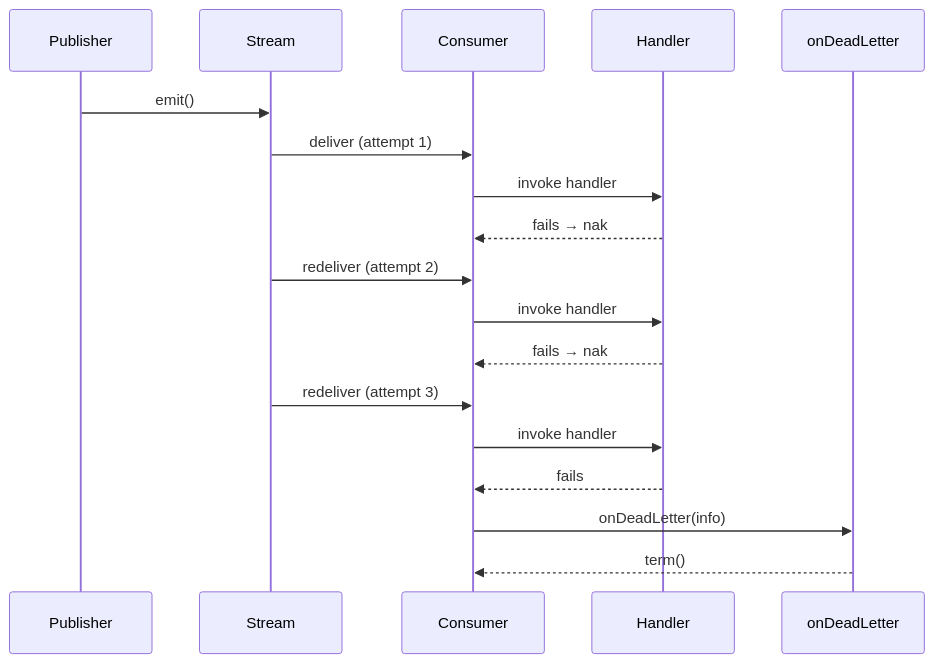
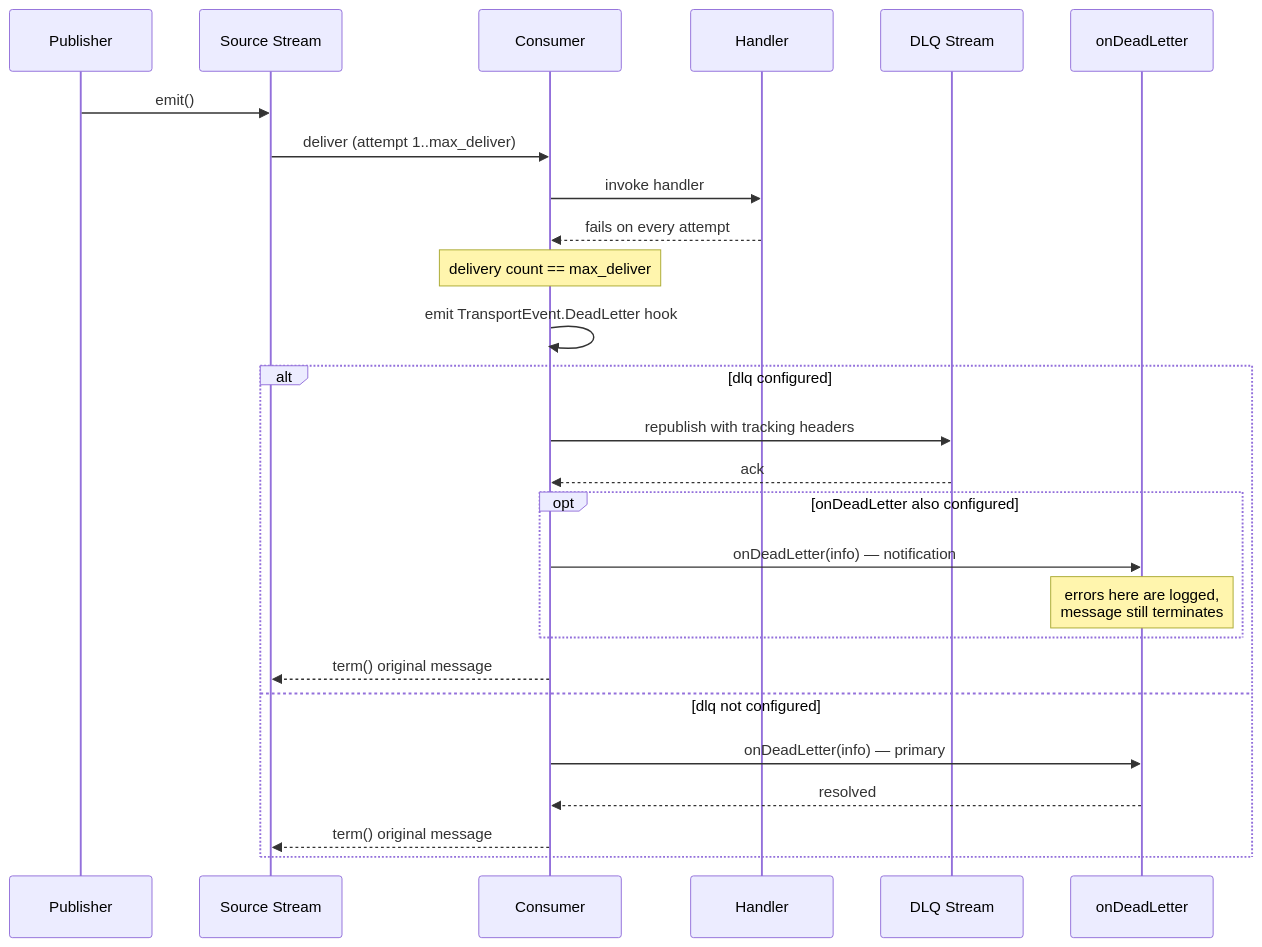
Before and after one commit to HorizonRepublic/nestjs-jetstream: the diagram in website/docs/guides/dead-letter-queue.md, drawn with Mermaid. The commit also changed other lines of this file and 36 other files, not shown here.

````diff
--- a/website/docs/guides/dead-letter-queue.md
+++ b/website/docs/guides/dead-letter-queue.md
@@ -26,21 +33,29 @@
 ```mermaid
 sequenceDiagram
     participant P as Publisher
-    participant S as Stream
+    participant S as Source Stream
     participant C as Consumer
     participant H as Handler
-    participant DLQ as onDeadLetter
+    participant DLQ as DLQ Stream
+    participant CB as onDeadLetter
 
     P->>S: emit()
-    S->>C: deliver (attempt 1)
+    S->>C: deliver (attempt 1..max_deliver)
     C->>H: invoke handler
-    H-->>C: fails → nak
-    S->>C: redeliver (attempt 2)
-    C->>H: invoke handler
-    H-->>C: fails → nak
-    S->>C: redeliver (attempt 3)
-    C->>H: invoke handler
-    H-->>C: fails
-    C->>DLQ: onDeadLetter(info)
-    DLQ-->>C: term()
+    H-->>C: fails on every attempt
+    Note over C: delivery count == max_deliver
+    C->>C: emit TransportEvent.DeadLetter hook
+    alt dlq configured
+        C->>DLQ: republish with tracking headers
+        DLQ-->>C: ack
+        opt onDeadLetter also configured
+            C->>CB: onDeadLetter(info) — notification
+            Note over CB: errors here are logged,<br/>message still terminates
+        end
+        C-->>S: term() original message
+    else dlq not configured
+        C->>CB: onDeadLetter(info) — primary
+        CB-->>C: resolved
+        C-->>S: term() original message
+    end
 ```
````
